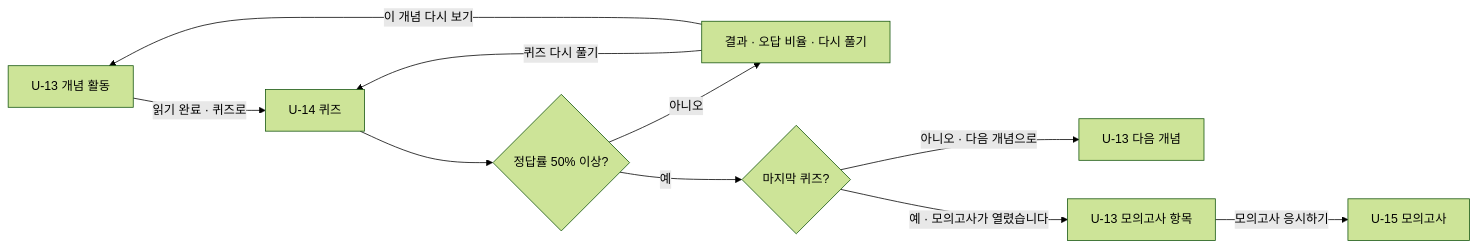
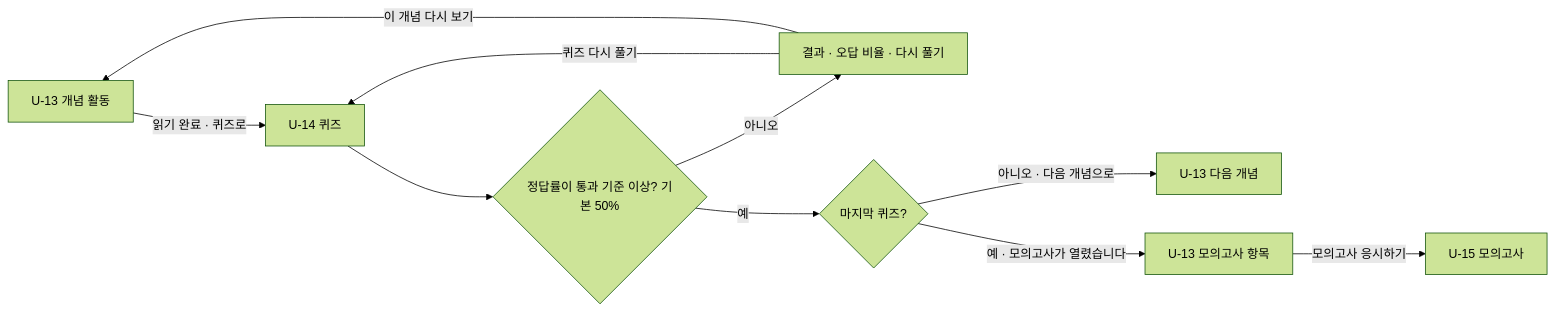
The second of 4 diagrams in docs/design/01-screen-flow.md (eulji-staff-only/vibelog), drawn with Mermaid (forest theme) before and after one commit. The commit also changed other lines of this file and 4 other files, not shown here.

````diff
--- a/docs/design/01-screen-flow.md
+++ b/docs/design/01-screen-flow.md
@@ -229,12 +229,12 @@
 ```mermaid
 flowchart LR
     C[U-13 개념 활동] -->|읽기 완료 · 퀴즈로| Q[U-14 퀴즈]
-    Q --> P{정답률 50% 이상?}
+    Q --> P{정답률이 통과 기준 이상? 기본 50%}
     P -->|아니오| R[결과 · 오답 비율 · 다시 풀기]
     R -->|퀴즈 다시 풀기| Q
     R -->|이 개념 다시 보기| C
     P -->|예| L{마지막 퀴즈?}
     L -->|아니오 · 다음 개념으로| C2[U-13 다음 개념]
     L -->|예 · 모의고사가 열렸습니다| X[U-13 모의고사 항목]
     X -->|모의고사 응시하기| E[U-15 모의고사]
 ```
````
